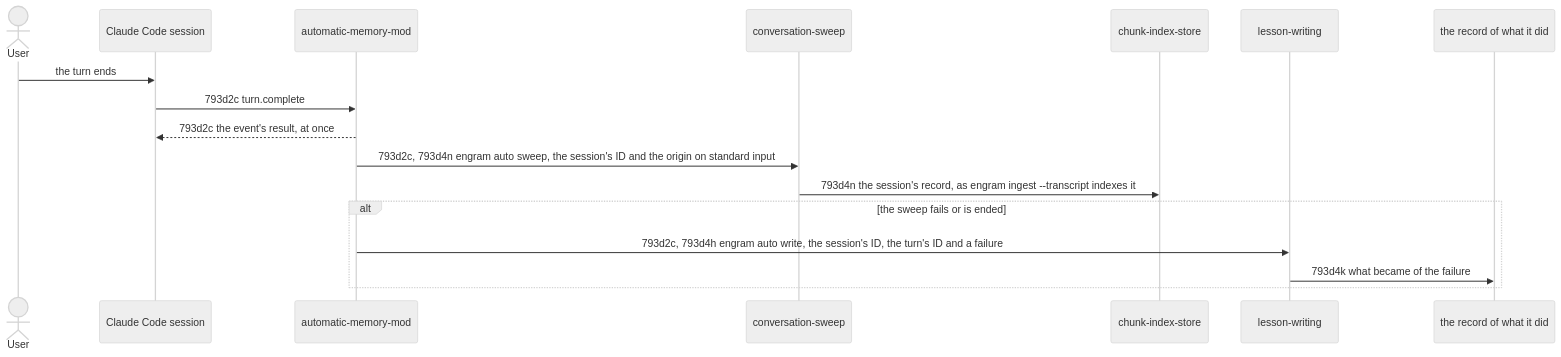
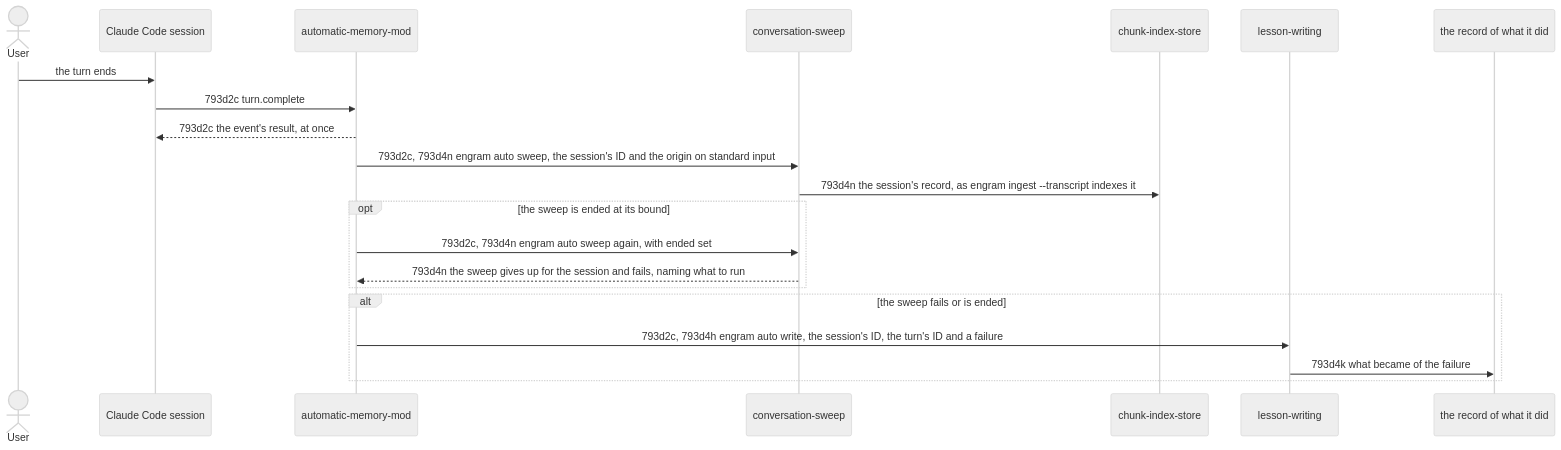
Before and after one commit to toejough/engram: the third of 3 diagrams in docs/changes/793_automatic-memory/793d_technical-spec.md, drawn with Mermaid (neutral theme). The commit also changed other lines of this file and 4 other files, not shown here.

First line of the commit message:
docs(793a,b,c,d,e): a sweep that is ended at its bound is not run again in the session, and the user is told once - 793e6i5, 793a2f1b, 793d2c1e, 793d2c1f, 793d4n1g, 793d4n1h, 793b115

````diff
--- a/docs/changes/793_automatic-memory/793d_technical-spec.md
+++ b/docs/changes/793_automatic-memory/793d_technical-spec.md
@@ -217,20 +217,24 @@
 ```mermaid
 sequenceDiagram
     actor User
     participant Session as Claude Code session
     participant Mod as automatic-memory-mod
     participant Sweep as conversation-sweep
     participant Index as chunk-index-store
     participant Writing as lesson-writing
     participant Record as the record of what it did
 
     User->>Session: the turn ends
     Session->>Mod: 793d2c turn.complete
     Mod-->>Session: 793d2c the event's result, at once
     Mod->>Sweep: 793d2c, 793d4n engram auto sweep, the session's ID and the origin on standard input
     Sweep->>Index: 793d4n the session's record, as engram ingest --transcript indexes it
+    opt the sweep is ended at its bound
+        Mod->>Sweep: 793d2c, 793d4n engram auto sweep again, with ended set
+        Sweep-->>Mod: 793d4n the sweep gives up for the session and fails, naming what to run
+    end
     alt the sweep fails or is ended
         Mod->>Writing: 793d2c, 793d4h engram auto write, the session's ID, the turn's ID and a failure
         Writing->>Record: 793d4k what became of the failure
     end
 ```
````
